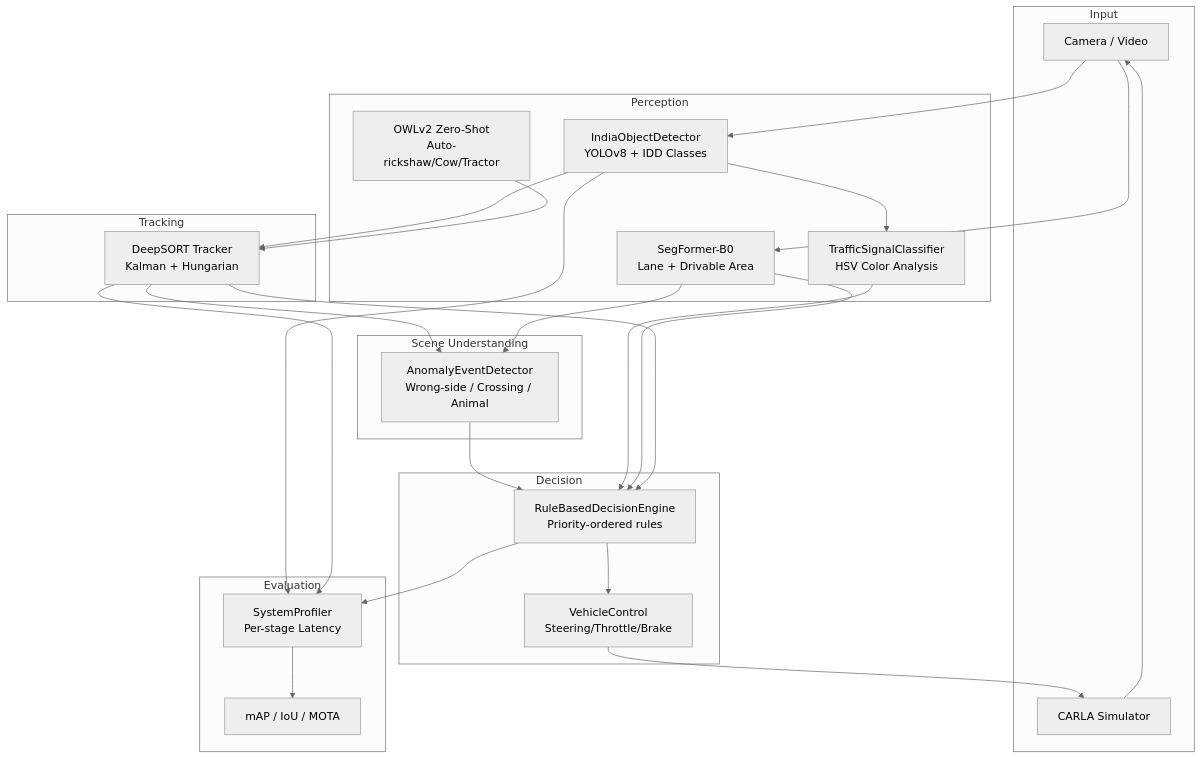
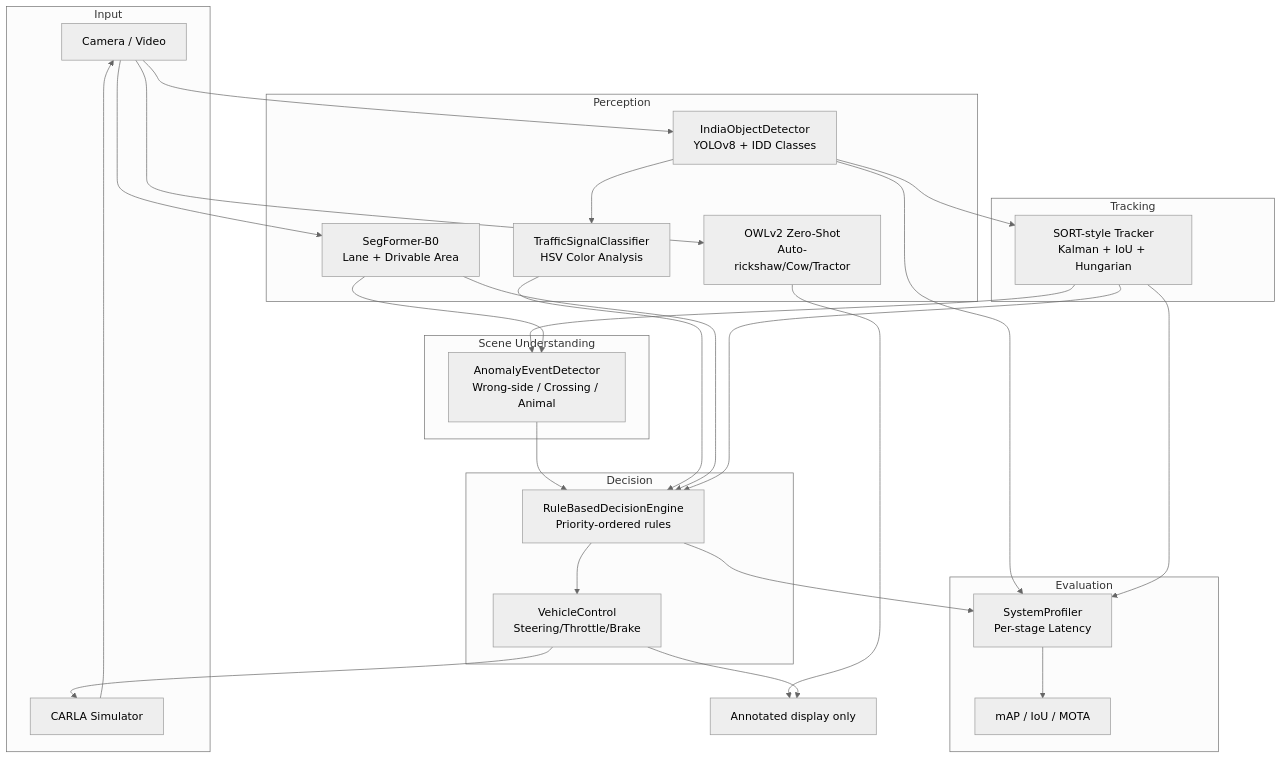
The diagram in ARCHITECTURE.md (Harsh-ryUk/Hybrid-Transformer-ADAS-India-Perspective), drawn with Mermaid (neutral theme) before and after one commit. The commit also changed other lines of this file and 40 other files, not shown here.

````diff
--- a/ARCHITECTURE.md
+++ b/ARCHITECTURE.md
@@ -5,48 +8,50 @@
 ```mermaid
 graph TB
     subgraph Input
         CAM[Camera / Video]
         CARLA[CARLA Simulator]
     end
 
     subgraph Perception
         DET[IndiaObjectDetector<br/>YOLOv8 + IDD Classes]
         OWL[OWLv2 Zero-Shot<br/>Auto-rickshaw/Cow/Tractor]
         SEG[SegFormer-B0<br/>Lane + Drivable Area]
         SIG[TrafficSignalClassifier<br/>HSV Color Analysis]
     end
 
     subgraph Tracking
-        DS[DeepSORT Tracker<br/>Kalman + Hungarian]
+        DS[SORT-style Tracker<br/>Kalman + IoU + Hungarian]
     end
 
     subgraph "Scene Understanding"
         ANOM[AnomalyEventDetector<br/>Wrong-side / Crossing / Animal]
     end
 
     subgraph Decision
         RE[RuleBasedDecisionEngine<br/>Priority-ordered rules]
         CTRL[VehicleControl<br/>Steering/Throttle/Brake]
     end
 
     subgraph Evaluation
         PROF[SystemProfiler<br/>Per-stage Latency]
         METRICS[mAP / IoU / MOTA]
     end
 
     CAM --> DET & SEG
     CARLA --> CAM
     DET --> DS
-    OWL --> DS
+    CAM --> OWL
+    OWL --> DISPLAY[Annotated display only]
     DS --> ANOM
     SEG --> ANOM
     DET --> SIG
     ANOM --> RE
     SIG --> RE
     SEG --> RE
     DS --> RE
     RE --> CTRL
     CTRL --> CARLA
+    CTRL --> DISPLAY
     DET & DS & RE --> PROF
     PROF --> METRICS
 ```
````
